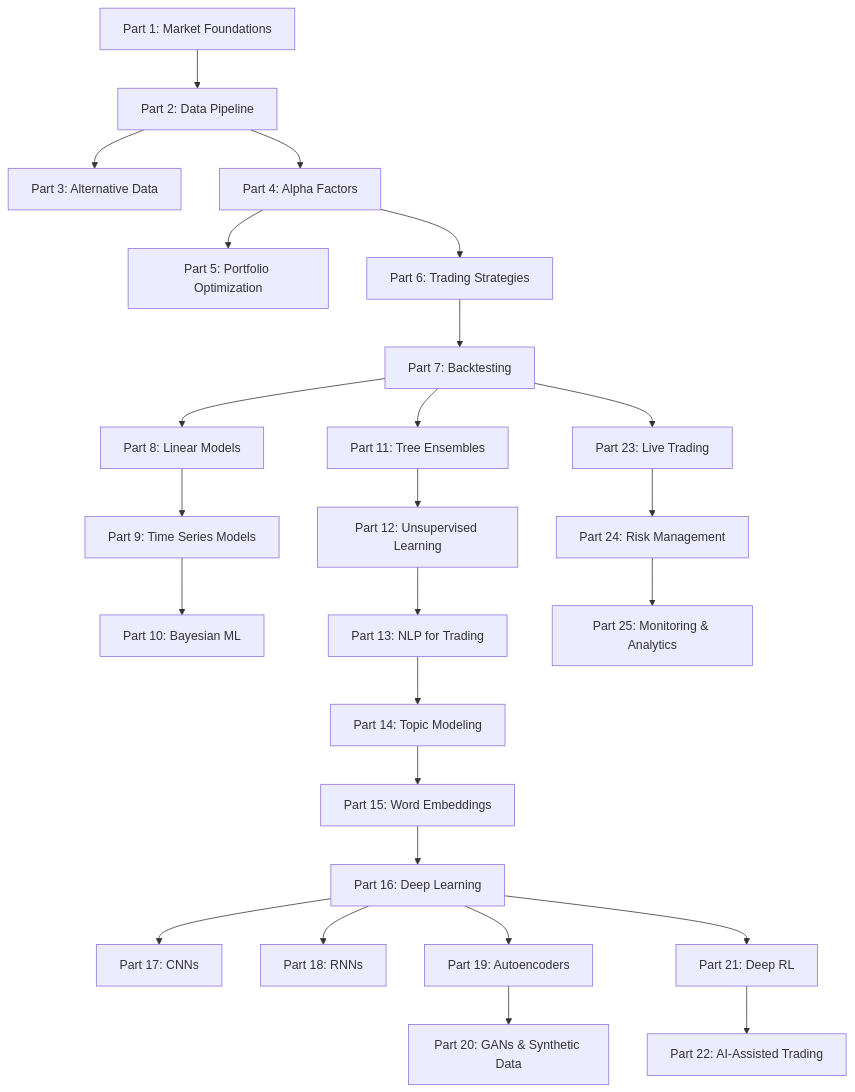
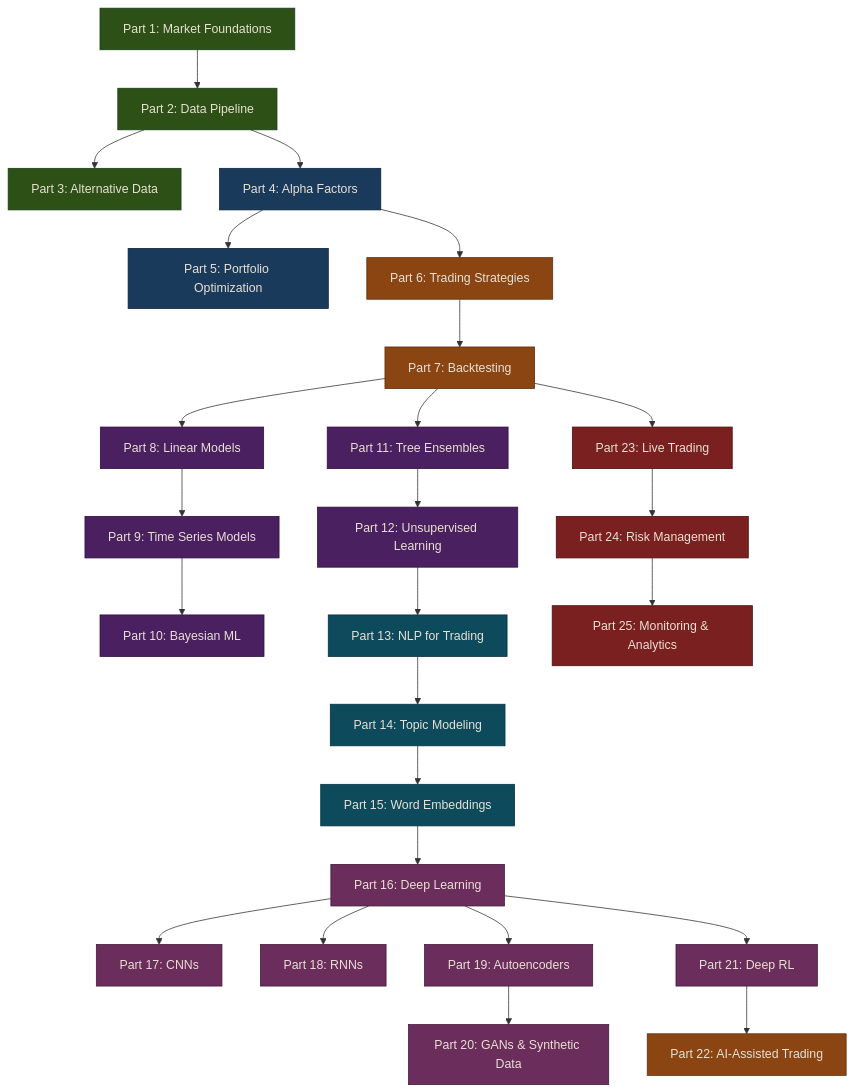
The diagram in docs/index.md (MichaelTien8901/puffin), drawn with Mermaid before and after one commit. The commit also changed 3 other files, not shown here.

First line of the commit message:
Add mermaid paper-like styling and dark node colors to docs

````diff
--- a/docs/index.md
+++ b/docs/index.md
@@ -17,27 +17,53 @@
 ```mermaid
 graph TD
     A[Part 1: Market Foundations] --> B[Part 2: Data Pipeline]
     B --> C[Part 3: Alternative Data]
     B --> D[Part 4: Alpha Factors]
     D --> E[Part 5: Portfolio Optimization]
     D --> F[Part 6: Trading Strategies]
     F --> G[Part 7: Backtesting]
     G --> H[Part 8: Linear Models]
     H --> I[Part 9: Time Series Models]
     I --> J[Part 10: Bayesian ML]
     G --> K[Part 11: Tree Ensembles]
     K --> L[Part 12: Unsupervised Learning]
     L --> M[Part 13: NLP for Trading]
     M --> N[Part 14: Topic Modeling]
     N --> O[Part 15: Word Embeddings]
     O --> P[Part 16: Deep Learning]
     P --> Q[Part 17: CNNs]
     P --> R[Part 18: RNNs]
     P --> S[Part 19: Autoencoders]
     S --> T[Part 20: GANs & Synthetic Data]
     P --> U[Part 21: Deep RL]
     U --> V[Part 22: AI-Assisted Trading]
     G --> W[Part 23: Live Trading]
     W --> X[Part 24: Risk Management]
     X --> Y[Part 25: Monitoring & Analytics]
+
+    style A fill:#2d5016,stroke:#1a3a1a,color:#e8e0d4
+    style B fill:#2d5016,stroke:#1a3a1a,color:#e8e0d4
+    style C fill:#2d5016,stroke:#1a3a1a,color:#e8e0d4
+    style D fill:#1a3a5c,stroke:#0d2137,color:#e8e0d4
+    style E fill:#1a3a5c,stroke:#0d2137,color:#e8e0d4
+    style F fill:#8b4513,stroke:#5c2d0a,color:#e8e0d4
+    style G fill:#8b4513,stroke:#5c2d0a,color:#e8e0d4
+    style H fill:#4a2060,stroke:#2d1040,color:#e8e0d4
+    style I fill:#4a2060,stroke:#2d1040,color:#e8e0d4
+    style J fill:#4a2060,stroke:#2d1040,color:#e8e0d4
+    style K fill:#4a2060,stroke:#2d1040,color:#e8e0d4
+    style L fill:#4a2060,stroke:#2d1040,color:#e8e0d4
+    style M fill:#0d4a5c,stroke:#083040,color:#e8e0d4
+    style N fill:#0d4a5c,stroke:#083040,color:#e8e0d4
+    style O fill:#0d4a5c,stroke:#083040,color:#e8e0d4
+    style P fill:#6b2d5b,stroke:#401a38,color:#e8e0d4
+    style Q fill:#6b2d5b,stroke:#401a38,color:#e8e0d4
+    style R fill:#6b2d5b,stroke:#401a38,color:#e8e0d4
+    style S fill:#6b2d5b,stroke:#401a38,color:#e8e0d4
+    style T fill:#6b2d5b,stroke:#401a38,color:#e8e0d4
+    style U fill:#6b2d5b,stroke:#401a38,color:#e8e0d4
+    style V fill:#8b4513,stroke:#5c2d0a,color:#e8e0d4
+    style W fill:#7a2020,stroke:#4a1010,color:#e8e0d4
+    style X fill:#7a2020,stroke:#4a1010,color:#e8e0d4
+    style Y fill:#7a2020,stroke:#4a1010,color:#e8e0d4
 ```
````
